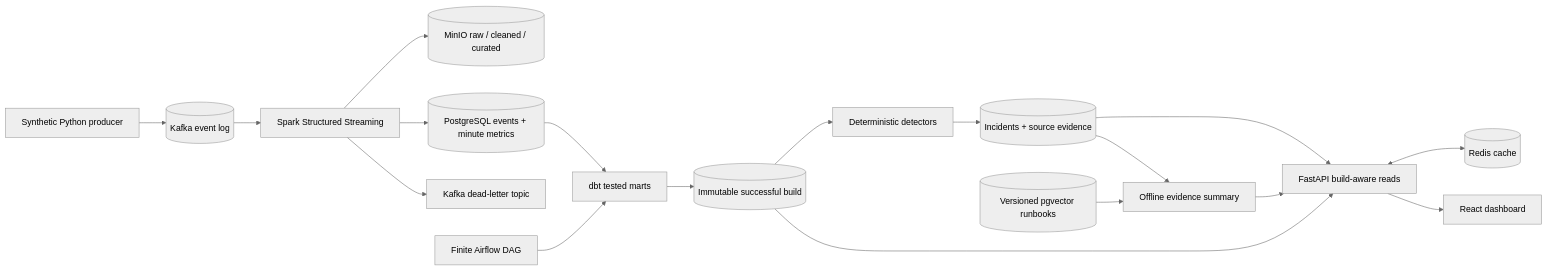
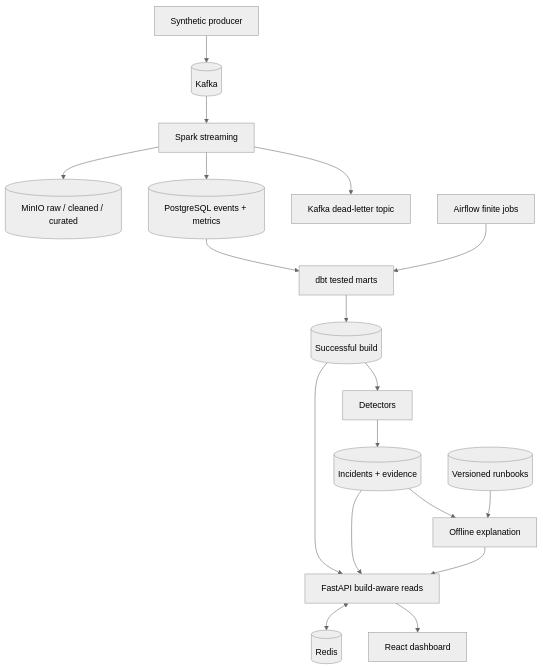
Before and after one commit to kanishk-sc/pulseforge: the diagram in README.md, drawn with Mermaid (neutral theme).

Commit message:
docs(portfolio): make architecture diagram legible

````diff
--- a/README.md
+++ b/README.md
@@ -19,20 +19,18 @@
 ```mermaid
-flowchart LR
-    P[Synthetic Python producer] --> K[(Kafka event log)]
-    K --> S[Spark Structured Streaming]
+flowchart TB
+    P[Synthetic producer] --> K[(Kafka)] --> S[Spark streaming]
     S --> L[(MinIO raw / cleaned / curated)]
-    S --> W[(PostgreSQL events + minute metrics)]
+    S --> W[(PostgreSQL events + metrics)]
     S --> DLQ[Kafka dead-letter topic]
     W --> D[dbt tested marts]
-    A[Finite Airflow DAG] --> D
-    D --> B[(Immutable successful build)]
-    B --> X[Deterministic detectors]
-    X --> I[(Incidents + source evidence)]
+    A[Airflow finite jobs] --> D
+    D --> B[(Successful build)]
+    B --> X[Detectors] --> I[(Incidents + evidence)]
     B --> API[FastAPI build-aware reads]
     I --> API
-    R[(Versioned pgvector runbooks)] --> E[Offline evidence summary]
-    I --> E
+    I --> E[Offline explanation]
+    R[(Versioned runbooks)] --> E
     E --> API
-    API <--> C[(Redis cache)]
+    API <--> C[(Redis)]
     API --> UI[React dashboard]
 ```
````
